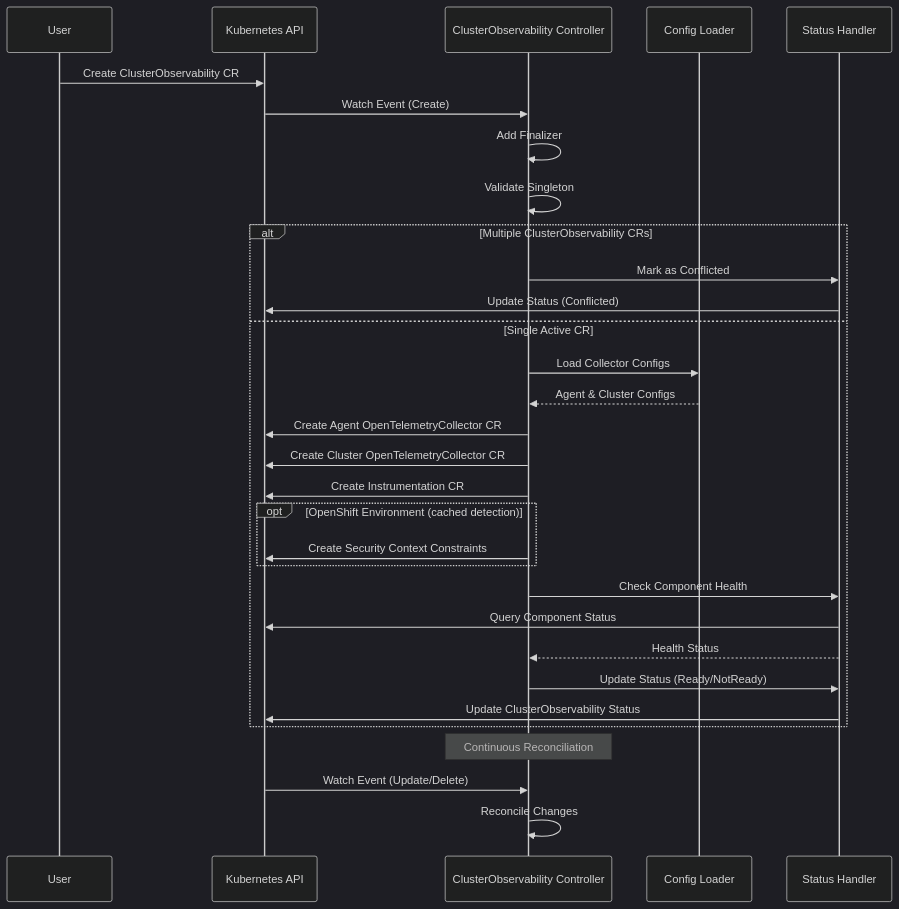
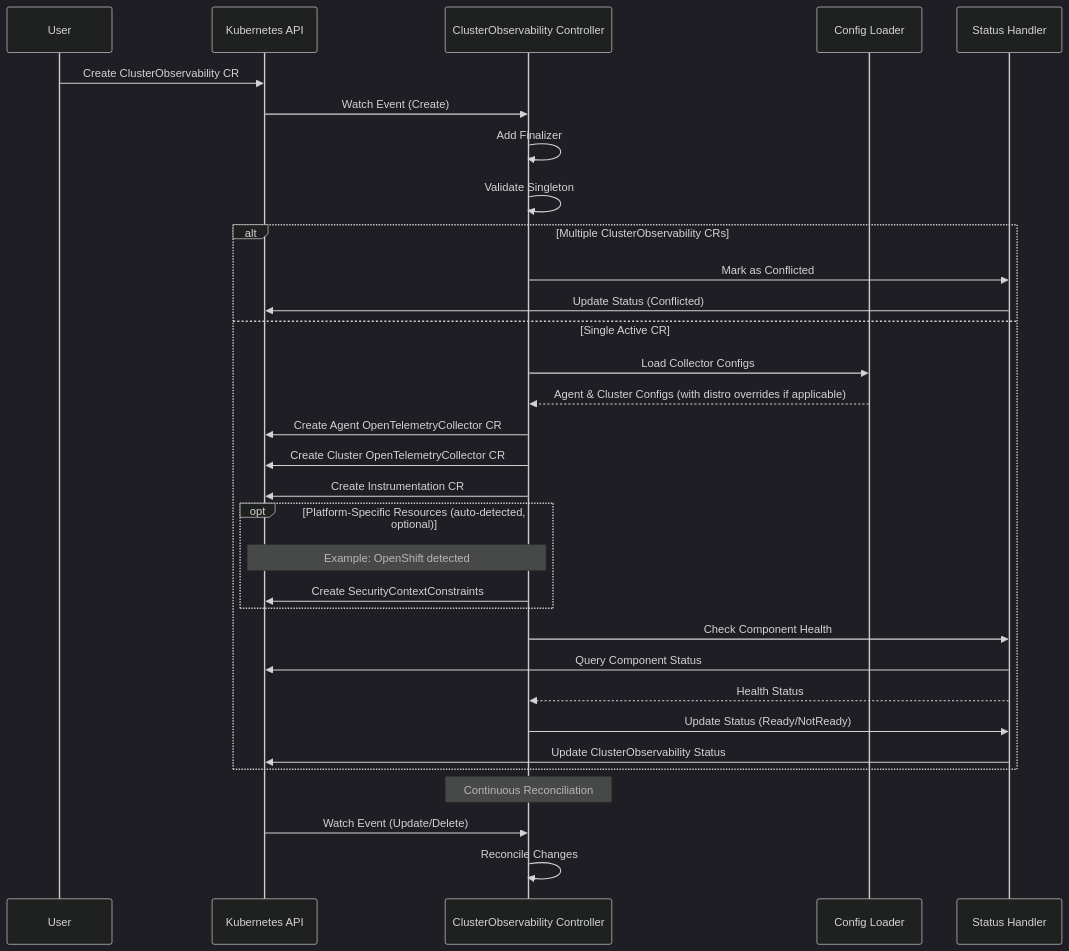
The second of 2 diagrams in docs/cluster-observability.md (open-telemetry/opentelemetry-operator), drawn with Mermaid (dark theme) before and after one commit. The commit also changed other lines of this file, not shown here.

Commit message:
[chore] clusterobs: clarify platform detection (#4668)

````diff
--- a/docs/cluster-observability.md
+++ b/docs/cluster-observability.md
@@ -68,41 +81,42 @@
 ```mermaid
 sequenceDiagram
     participant User
     participant K8s as Kubernetes API
     participant Controller as ClusterObservability Controller
     participant ConfigLoader as Config Loader  
     participant Status as Status Handler
     
     User->>K8s: Create ClusterObservability CR
     K8s->>Controller: Watch Event (Create)
     
     Controller->>Controller: Add Finalizer
     Controller->>Controller: Validate Singleton
     
     alt Multiple ClusterObservability CRs
         Controller->>Status: Mark as Conflicted
         Status->>K8s: Update Status (Conflicted)
     else Single Active CR
         Controller->>ConfigLoader: Load Collector Configs
-        ConfigLoader-->>Controller: Agent & Cluster Configs
+        ConfigLoader-->>Controller: Agent & Cluster Configs (with distro overrides if applicable)
         
         Controller->>K8s: Create Agent OpenTelemetryCollector CR
         Controller->>K8s: Create Cluster OpenTelemetryCollector CR
         Controller->>K8s: Create Instrumentation CR
         
-        opt OpenShift Environment (cached detection)
-            Controller->>K8s: Create Security Context Constraints
+        opt Platform-Specific Resources (auto-detected, optional)
+            Note over Controller,K8s: Example: OpenShift detected
+            Controller->>K8s: Create SecurityContextConstraints
         end
         
         Controller->>Status: Check Component Health
         Status->>K8s: Query Component Status
         Status-->>Controller: Health Status
         
         Controller->>Status: Update Status (Ready/NotReady)
         Status->>K8s: Update ClusterObservability Status
     end
     
     Note over Controller: Continuous Reconciliation
     K8s->>Controller: Watch Event (Update/Delete)
     Controller->>Controller: Reconcile Changes
 ```
````
